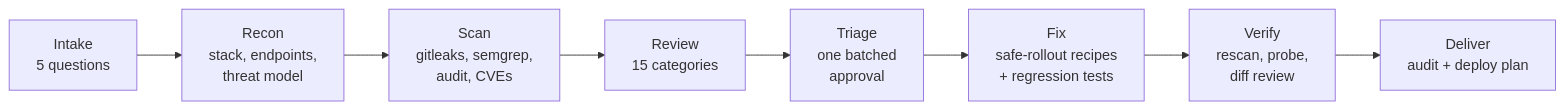
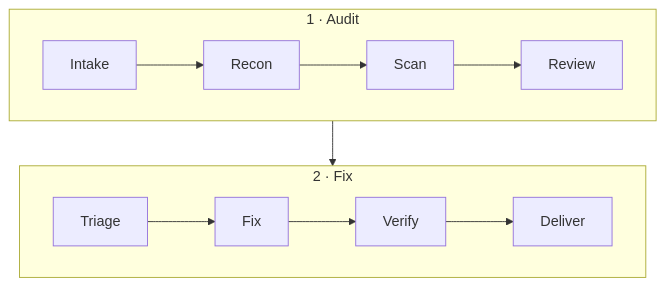
The diagram in README.md (coopersimpson101-debug/vibecode-security-fix), drawn with Mermaid before and after one commit. The commit also changed other lines of this file, not shown here.

Commit message:
README: clearer how-it-works diagram

````diff
--- a/README.md
+++ b/README.md
@@ -86,10 +86,12 @@
 ```mermaid
-flowchart LR
-    A[Intake<br/>5 questions] --> B[Recon<br/>stack, endpoints,<br/>threat model]
-    B --> C[Scan<br/>gitleaks, semgrep,<br/>audit, CVEs]
-    C --> D[Review<br/>15 categories]
-    D --> E[Triage<br/>one batched<br/>approval]
-    E --> F[Fix<br/>safe-rollout recipes<br/>+ regression tests]
-    F --> G[Verify<br/>rescan, probe,<br/>diff review]
-    G --> H[Deliver<br/>audit + deploy plan]
+flowchart TB
+    subgraph audit [" 1 · Audit "]
+        direction LR
+        A[Intake] --> B[Recon] --> C[Scan] --> D[Review]
+    end
+    subgraph fix [" 2 · Fix "]
+        direction LR
+        E[Triage] --> F[Fix] --> G[Verify] --> H[Deliver]
+    end
+    audit --> fix
 ```
````
